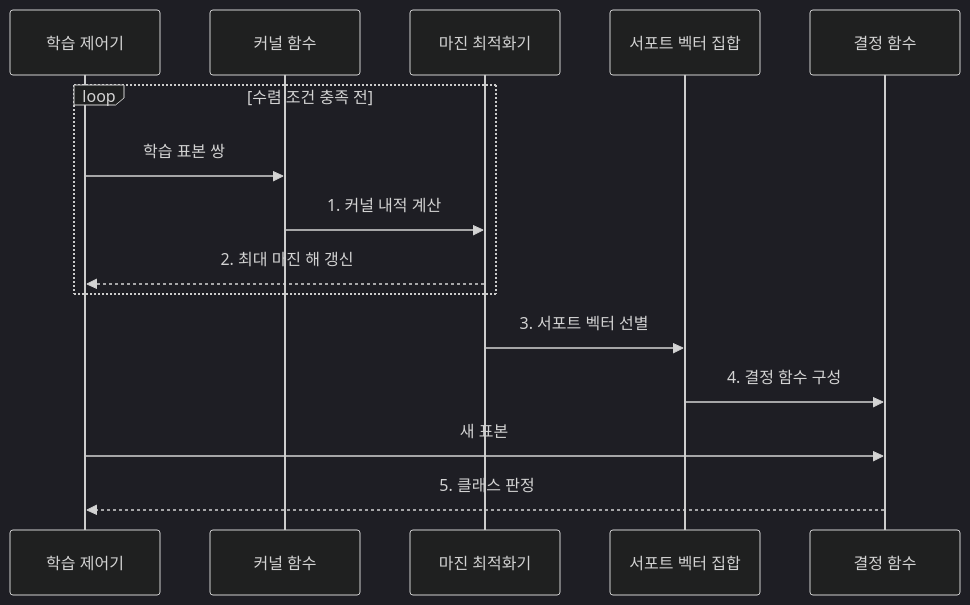
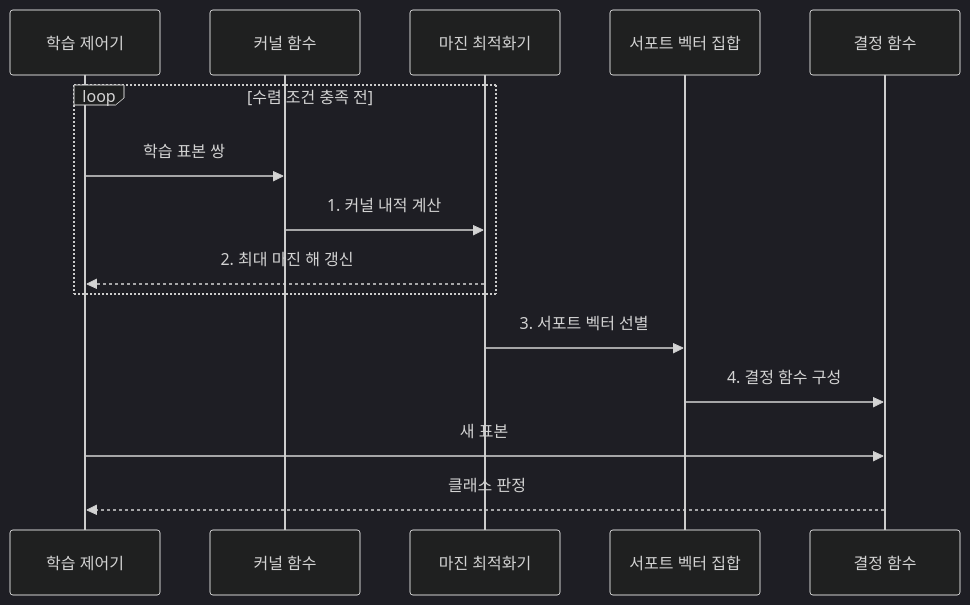
The second of 2 diagrams in src/content/docs/notes/01-basic-theory/050_svm.md (agnusdei1207/knowledge-base), drawn with Mermaid (dark theme) before and after one commit. The commit also changed other lines of this file and 20 other files, not shown here.

````diff
--- a/src/content/docs/notes/01-basic-theory/050_svm.md
+++ b/src/content/docs/notes/01-basic-theory/050_svm.md
@@ -92,17 +92,17 @@
 ```mermaid
 sequenceDiagram
     participant T as 학습 제어기
     participant K as 커널 함수
     participant O as 마진 최적화기
     participant S as 서포트 벡터 집합
     participant F as 결정 함수
     loop 수렴 조건 충족 전
         T->>K: 학습 표본 쌍
         K->>O: 1. 커널 내적 계산
         O-->>T: 2. 최대 마진 해 갱신
     end
     O->>S: 3. 서포트 벡터 선별
     S->>F: 4. 결정 함수 구성
     T->>F: 새 표본
-    F-->>T: 5. 클래스 판정
+    F-->>T: 클래스 판정
 ```
````
